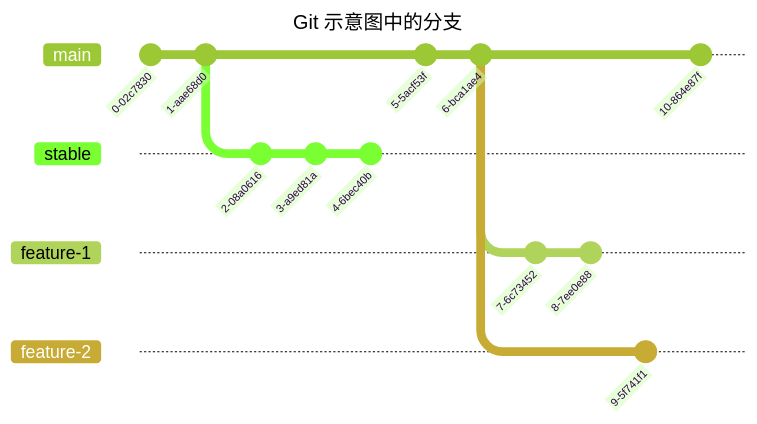
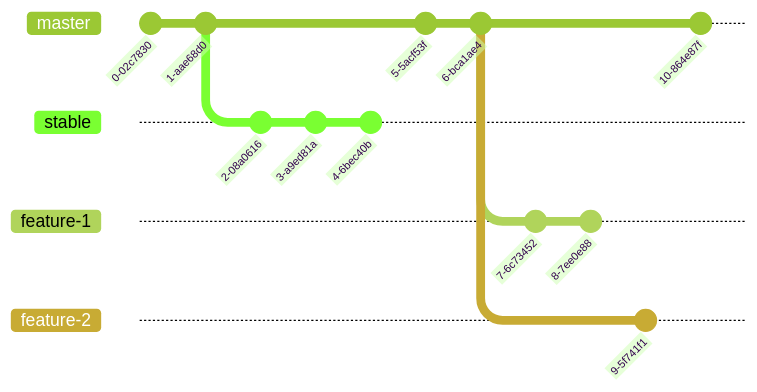
Before and after one commit to LauYeeYu/homepage: the fifth of 9 diagrams in content/blog-zh-cn/git-basics-zh-cn.md, drawn with Mermaid (forest theme). The commit also changed other lines of this file and 2 other files, not shown here.

Commit message:
refactor(blog): use `master` instead of `main` as the main branch name

````diff
--- a/content/blog-zh-cn/git-basics-zh-cn.md
+++ b/content/blog-zh-cn/git-basics-zh-cn.md
@@ -137,23 +141,24 @@
 ```mermaid
+%%{init: {'gitGraph': {'mainBranchName': 'master'}} }%%
 ---
 title: Git 示意图中的分支
 ---
 gitGraph
   commit
   commit
   branch stable
   commit
   commit
   commit
-  checkout main
+  checkout master
   commit
   commit
   branch feature-1
   commit
   commit
-  checkout main
+  checkout master
   branch feature-2
   commit
-  checkout main
+  checkout master
   commit
 ```
````
